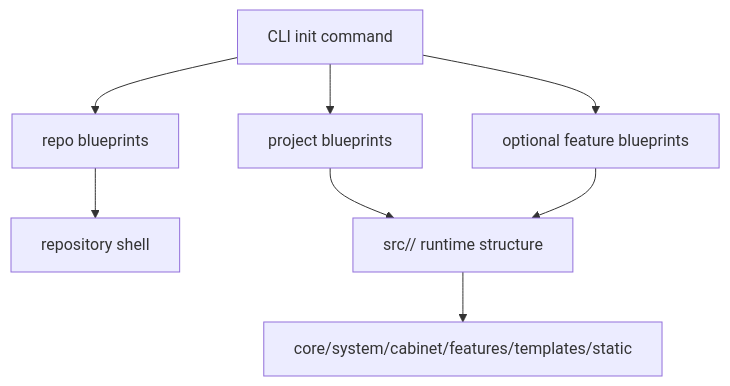
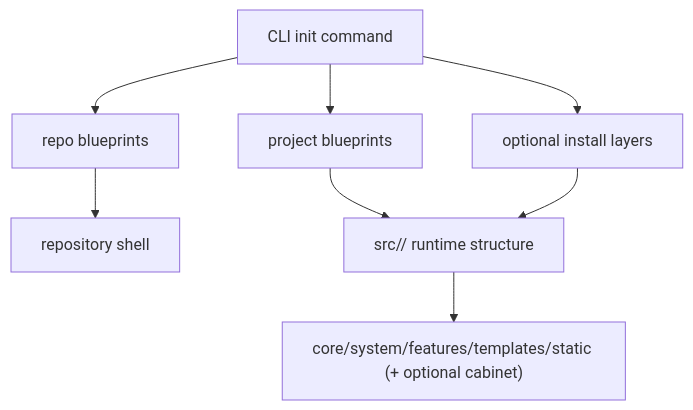
One commit to CodexDLC/codex-django-cli changed the diagram in docs/en/architecture/cli/project-output.md. Above: the diagram before and after it, drawn with Mermaid. The commit also changed other lines of this file and 18 other files, not shown here.

````diff
--- a/docs/en/architecture/cli/project-output.md
+++ b/docs/en/architecture/cli/project-output.md
@@ -165,10 +174,10 @@
 ```mermaid
 flowchart TD
     A["CLI init command"] --> B["repo blueprints"]
     A --> C["project blueprints"]
-    A --> D["optional feature blueprints"]
+    A --> D["optional install layers"]
     B --> E["repository shell"]
     C --> F["src/<project_name>/ runtime structure"]
     D --> F
-    F --> G["core/system/cabinet/features/templates/static"]
+    F --> G["core/system/features/templates/static (+ optional cabinet)"]
 ```
````
